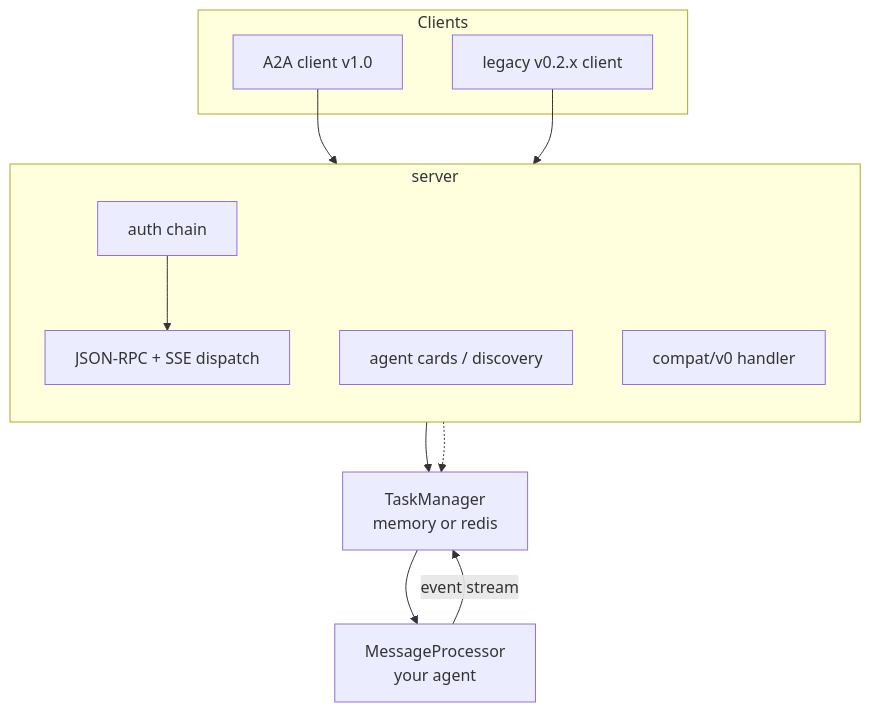
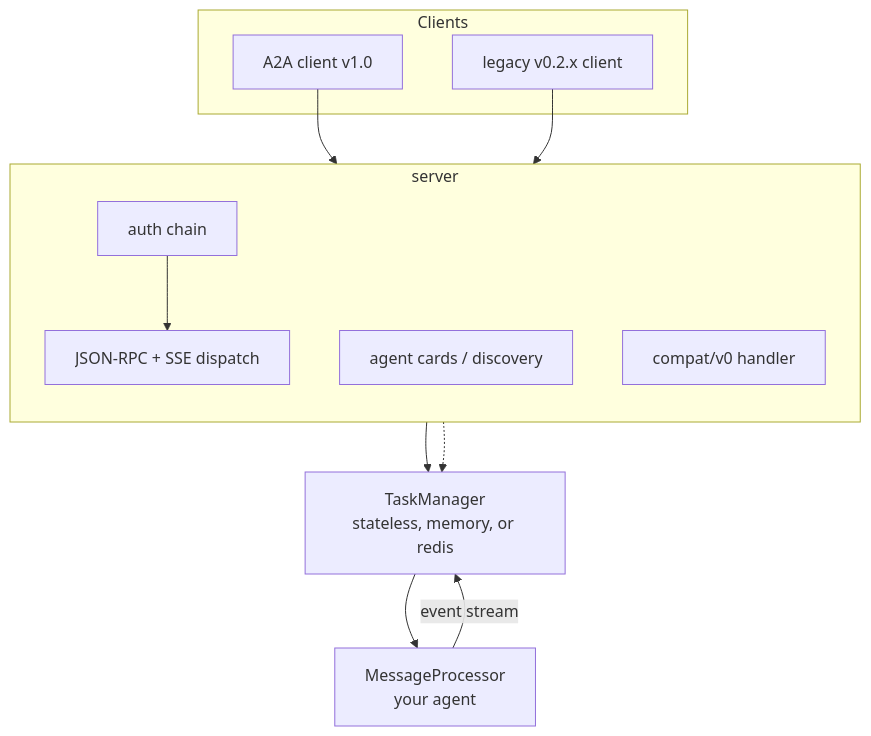
Before and after one commit to trpc-group/trpc-a2a-go: the first of 2 diagrams in docs/mkdocs/en/overview.md, drawn with Mermaid. The commit also changed other lines of this file and 7 other files, not shown here.

Commit message:
taskmanager/stateless: add message-only task manager

````diff
--- a/docs/mkdocs/en/overview.md
+++ b/docs/mkdocs/en/overview.md
@@ -32,24 +33,24 @@
 ```mermaid
 flowchart TB
     subgraph clients["Clients"]
         C1["A2A client v1.0"]
         C2["legacy v0.2.x client"]
     end
     subgraph server["server"]
         direction TB
         AUTH["auth chain"]
         RPC["JSON-RPC + SSE dispatch"]
         CARD["agent cards / discovery"]
         COMPAT["compat/v0 handler"]
     end
-    TM["TaskManager<br/>memory or redis"]
+    TM["TaskManager<br/>stateless, memory, or redis"]
     MP["MessageProcessor<br/>your agent"]
 
     C1 --> AUTH
     C2 --> AUTH
     AUTH --> RPC
     RPC --> TM
     COMPAT -.-> TM
     TM --> MP
     MP -- "event stream" --> TM
 ```
````
